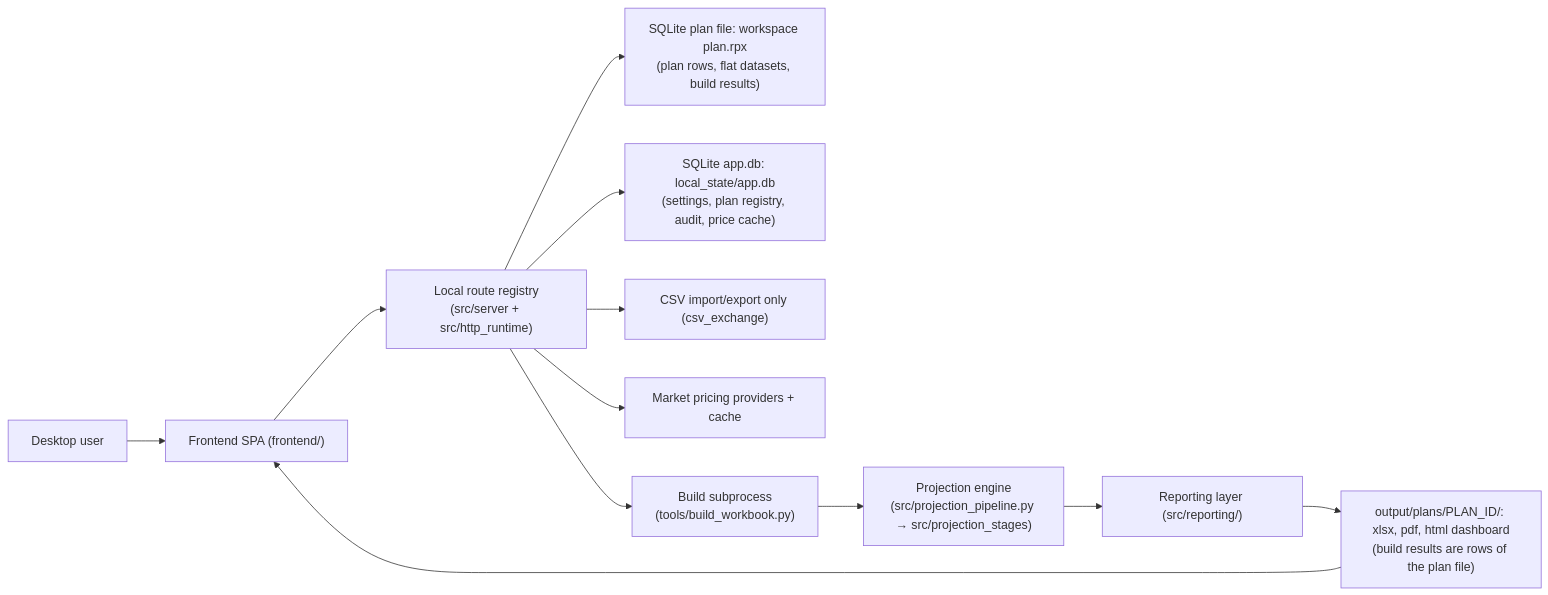
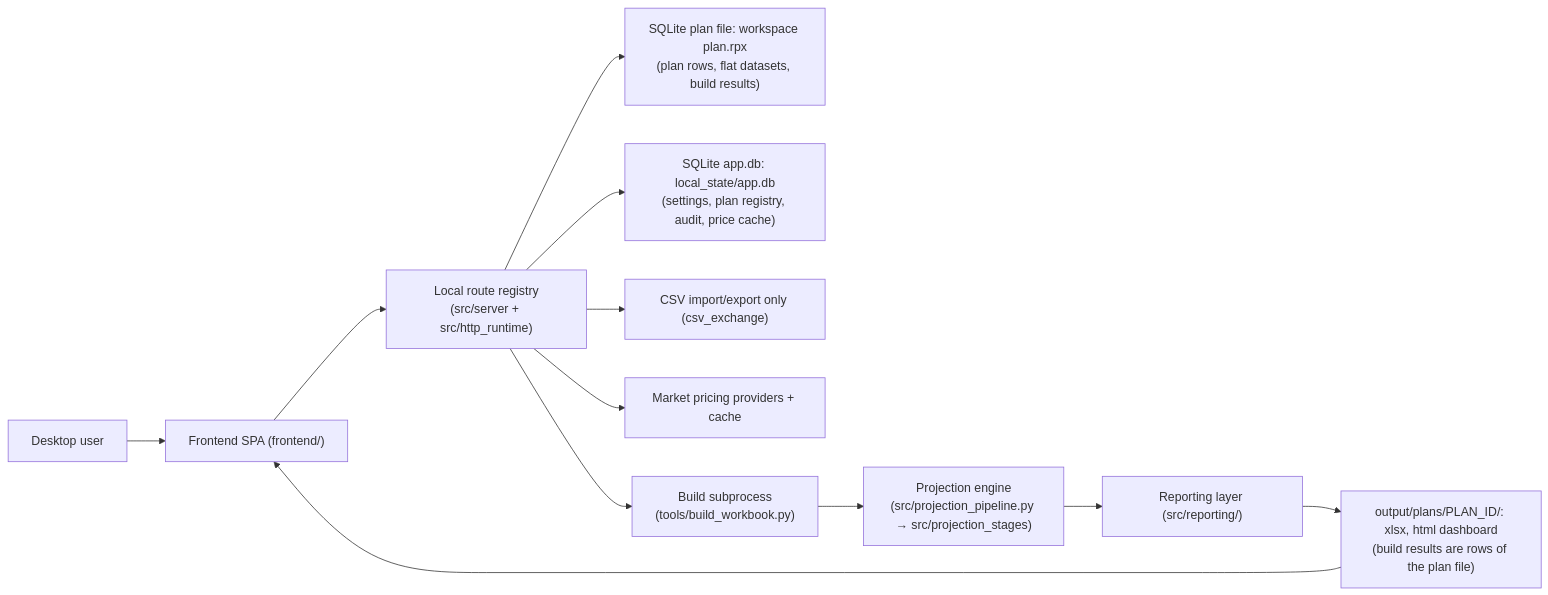
The first of 2 diagrams in documentation/reference/CURRENT_SYSTEM_DESIGN_SPEC.md (matthartzman/retirement_system), drawn with Mermaid before and after one commit. The commit also changed other lines of this file and 1 other file, not shown here.

Commit message:
docs: remove nonexistent PDF output claims from the two specs

````diff
--- a/documentation/reference/CURRENT_SYSTEM_DESIGN_SPEC.md
+++ b/documentation/reference/CURRENT_SYSTEM_DESIGN_SPEC.md
@@ -22,14 +22,14 @@
 ```mermaid
 flowchart LR
     User["Desktop user"] --> UI["Frontend SPA (frontend/)"]
     UI --> Runtime["Local route registry\n(src/server + src/http_runtime)"]
     Runtime --> PlanDB["SQLite plan file: workspace plan.rpx\n(plan rows, flat datasets, build results)"]
     Runtime --> AppDB["SQLite app.db: local_state/app.db\n(settings, plan registry, audit, price cache)"]
     Runtime --> Files["CSV import/export only (csv_exchange)"]
     Runtime --> Pricing["Market pricing providers + cache"]
     Runtime --> BuildProc["Build subprocess\n(tools/build_workbook.py)"]
     BuildProc --> Engine["Projection engine\n(src/projection_pipeline.py → src/projection_stages)"]
     Engine --> Reporting["Reporting layer (src/reporting/)"]
-    Reporting --> Outputs["output/plans/PLAN_ID/: xlsx, pdf, html dashboard\n(build results are rows of the plan file)"]
+    Reporting --> Outputs["output/plans/PLAN_ID/: xlsx, html dashboard\n(build results are rows of the plan file)"]
     Outputs --> UI
 ```
````
